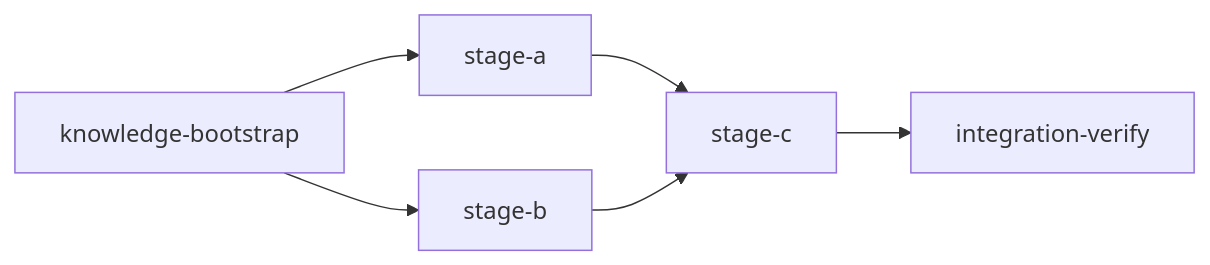
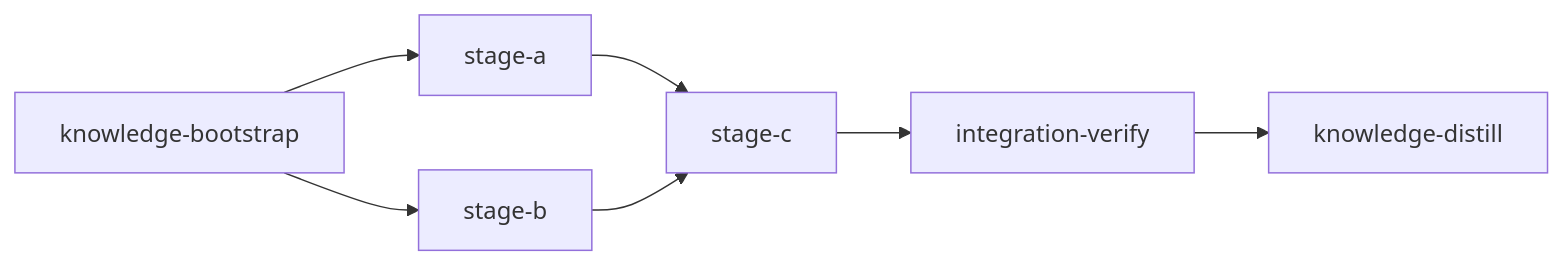
One commit to cosmix/loom changed the diagram in skills/loom-plan-writer/SKILL.md. Above: the diagram before and after it, drawn with Mermaid. The commit also changed other lines of this file and 3 other files, not shown here.

First line of the commit message:
docs(skill): add knowledge-distill as mandatory final bookend stage

````diff
--- a/skills/loom-plan-writer/SKILL.md
+++ b/skills/loom-plan-writer/SKILL.md
@@ -460,6 +464,7 @@
 ```mermaid
 graph LR
     knowledge-bootstrap --> stage-a & stage-b
     stage-a & stage-b --> stage-c
     stage-c --> integration-verify
+    integration-verify --> knowledge-distill
 ```
````
